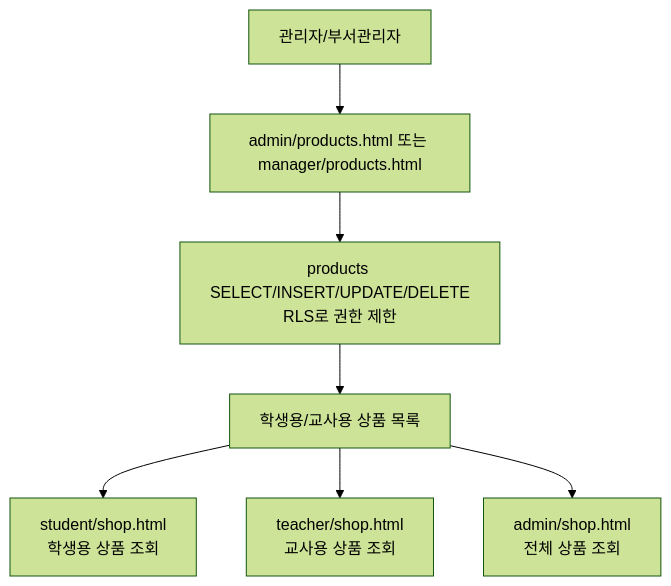
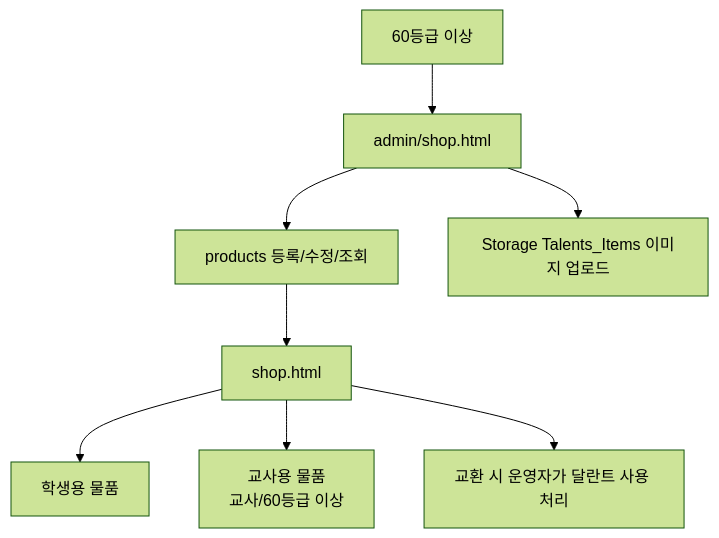
Before and after one commit to CHO-Talents/CHO-Talents: the seventh of 8 diagrams in docs/PROJECT_ARCHITECTURE_FLOW.md, drawn with Mermaid (forest theme). The commit also changed other lines of this file and 2 other files, not shown here.

````diff
--- a/docs/PROJECT_ARCHITECTURE_FLOW.md
+++ b/docs/PROJECT_ARCHITECTURE_FLOW.md
@@ -250,10 +224,10 @@
 ```mermaid
 flowchart TD
-  AdminMgr["관리자/부서관리자"] --> ProductManage["admin/products.html 또는 manager/products.html"]
-  ProductManage --> ProductCRUD["products SELECT/INSERT/UPDATE/DELETE<br/>RLS로 권한 제한"]
-  ProductCRUD --> ProductList["학생용/교사용 상품 목록"]
-
-  ProductList --> StudentShop["student/shop.html<br/>학생용 상품 조회"]
-  ProductList --> TeacherShop["teacher/shop.html<br/>교사용 상품 조회"]
-  ProductList --> AdminShop["admin/shop.html<br/>전체 상품 조회"]
+  Manager["60등급 이상"] --> ManageShop["admin/shop.html"]
+  ManageShop --> ProductCRUD["products 등록/수정/조회"]
+  ManageShop --> Upload["Storage Talents_Items 이미지 업로드"]
+  ProductCRUD --> PublicShop["shop.html"]
+  PublicShop --> Student["학생용 물품"]
+  PublicShop --> Teacher["교사용 물품<br/>교사/60등급 이상"]
+  PublicShop --> Exchange["교환 시 운영자가 달란트 사용 처리"]
 ```
````
